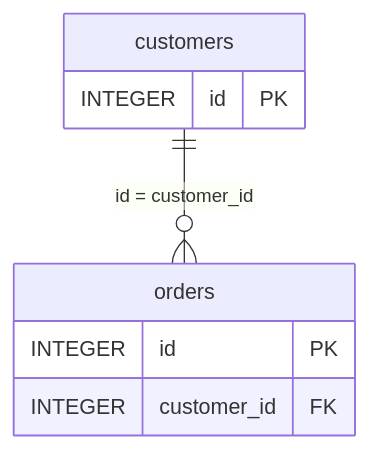
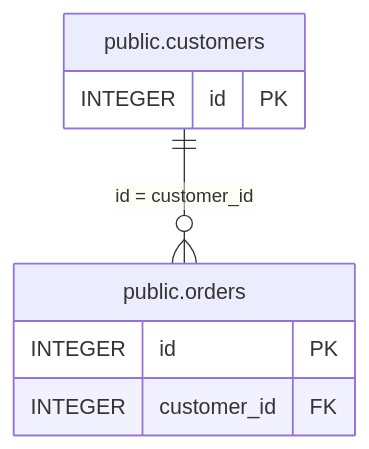
The second of 2 diagrams in docs/charts/diagrams.md (nadeem4/nl2sql), drawn with Mermaid before and after one commit. The commit also changed other lines of this file and 8 other files, not shown here.

Commit message:
fix(charts): review fixes for K2

````diff
--- a/docs/charts/diagrams.md
+++ b/docs/charts/diagrams.md
@@ -54,11 +62,11 @@
 ```mermaid
 erDiagram
-    customers {
+    e0["public.customers"] {
         INTEGER id PK
     }
-    orders {
+    e1["public.orders"] {
         INTEGER id PK
         INTEGER customer_id FK
     }
-    customers ||--o{ orders : "id = customer_id"
+    e0 ||--o{ e1 : "id = customer_id"
 ```
````
